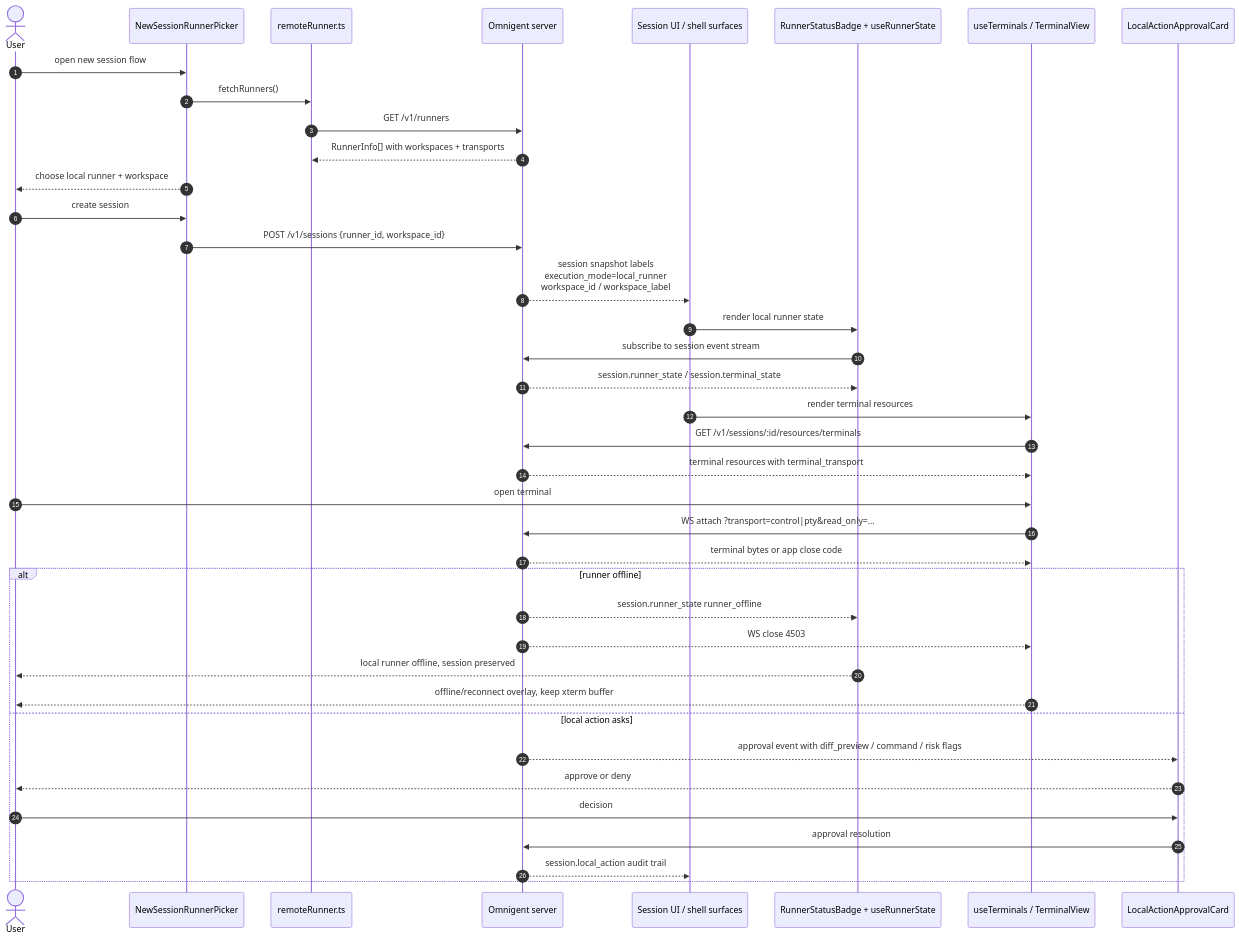
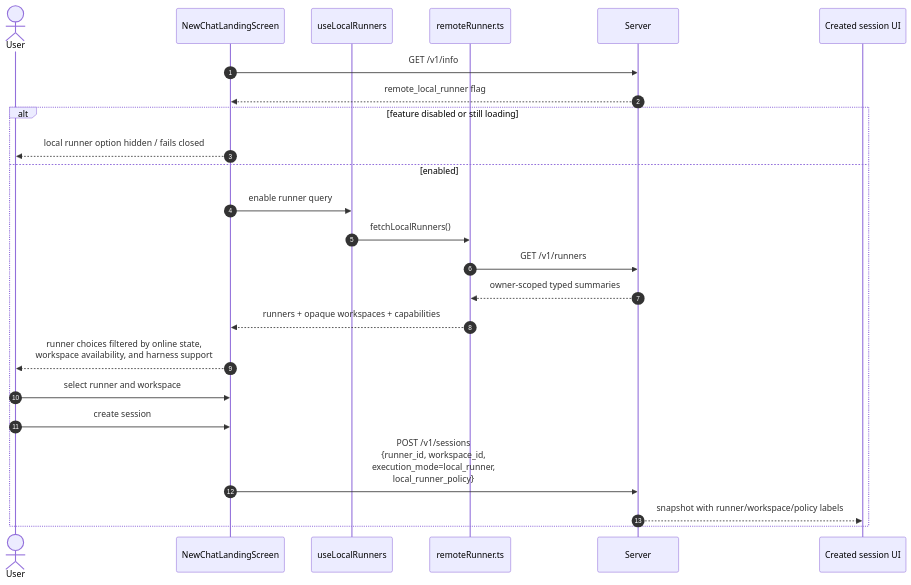
One commit to drunkod/omnigent changed the second of 5 diagrams in docs/mvp-remote-runner-mirroring/08-ui-terminal-runtime-diagrams.md. Above: the diagram before and after it, drawn with Mermaid. The commit also changed other lines of this file, not shown here.

Commit message:
docs(ui): replace planned runner diagrams with wired flows

````diff
--- a/docs/mvp-remote-runner-mirroring/08-ui-terminal-runtime-diagrams.md
+++ b/docs/mvp-remote-runner-mirroring/08-ui-terminal-runtime-diagrams.md
@@ -162,45 +79,28 @@
 ```mermaid
 sequenceDiagram
     autonumber
     actor User
-    participant Picker as NewSessionRunnerPicker
-    participant RemoteLib as remoteRunner.ts
-    participant Server as Omnigent server
-    participant SessionUI as Session UI / shell surfaces
-    participant Badge as RunnerStatusBadge + useRunnerState
-    participant Terminals as useTerminals / TerminalView
-    participant Approval as LocalActionApprovalCard
+    participant Screen as NewChatLandingScreen
+    participant Query as useLocalRunners
+    participant Lib as remoteRunner.ts
+    participant Server
+    participant Session as Created session UI
 
-    User->>Picker: open new session flow
-    Picker->>RemoteLib: fetchRunners()
-    RemoteLib->>Server: GET /v1/runners
-    Server-->>RemoteLib: RunnerInfo[] with workspaces + transports
-    Picker-->>User: choose local runner + workspace
-    User->>Picker: create session
-    Picker->>Server: POST /v1/sessions {runner_id, workspace_id}
-    Server-->>SessionUI: session snapshot labels<br/>execution_mode=local_runner<br/>workspace_id / workspace_label
+    Screen->>Server: GET /v1/info
+    Server-->>Screen: remote_local_runner flag
 
-    SessionUI->>Badge: render local runner state
-    Badge->>Server: subscribe to session event stream
-    Server-->>Badge: session.runner_state / session.terminal_state
-
-    SessionUI->>Terminals: render terminal resources
-    Terminals->>Server: GET /v1/sessions/:id/resources/terminals
-    Server-->>Terminals: terminal resources with terminal_transport
-    User->>Terminals: open terminal
-    Terminals->>Server: WS attach ?transport=control|pty&read_only=...
-    Server-->>Terminals: terminal bytes or app close code
-
-    alt runner offline
-        Server-->>Badge: session.runner_state runner_offline
-        Server-->>Terminals: WS close 4503
-        Badge-->>User: local runner offline, session preserved
-        Terminals-->>User: offline/reconnect overlay, keep xterm buffer
-    else local action asks
-        Server-->>Approval: approval event with diff_preview / command / risk flags
-        Approval-->>User: approve or deny
-        User->>Approval: decision
-        Approval->>Server: approval resolution
-        Server-->>SessionUI: session.local_action audit trail
+    alt feature disabled or still loading
+        Screen-->>User: local runner option hidden / fails closed
+    else enabled
+        Screen->>Query: enable runner query
+        Query->>Lib: fetchLocalRunners()
+        Lib->>Server: GET /v1/runners
+        Server-->>Lib: owner-scoped typed summaries
+        Lib-->>Screen: runners + opaque workspaces + capabilities
+        Screen-->>User: runner choices filtered by online state,<br/>workspace availability, and harness support
+        User->>Screen: select runner and workspace
+        User->>Screen: create session
+        Screen->>Server: POST /v1/sessions<br/>{runner_id, workspace_id,<br/>execution_mode=local_runner,<br/>local_runner_policy}
+        Server-->>Session: snapshot with runner/workspace/policy labels
     end
 ```
````
